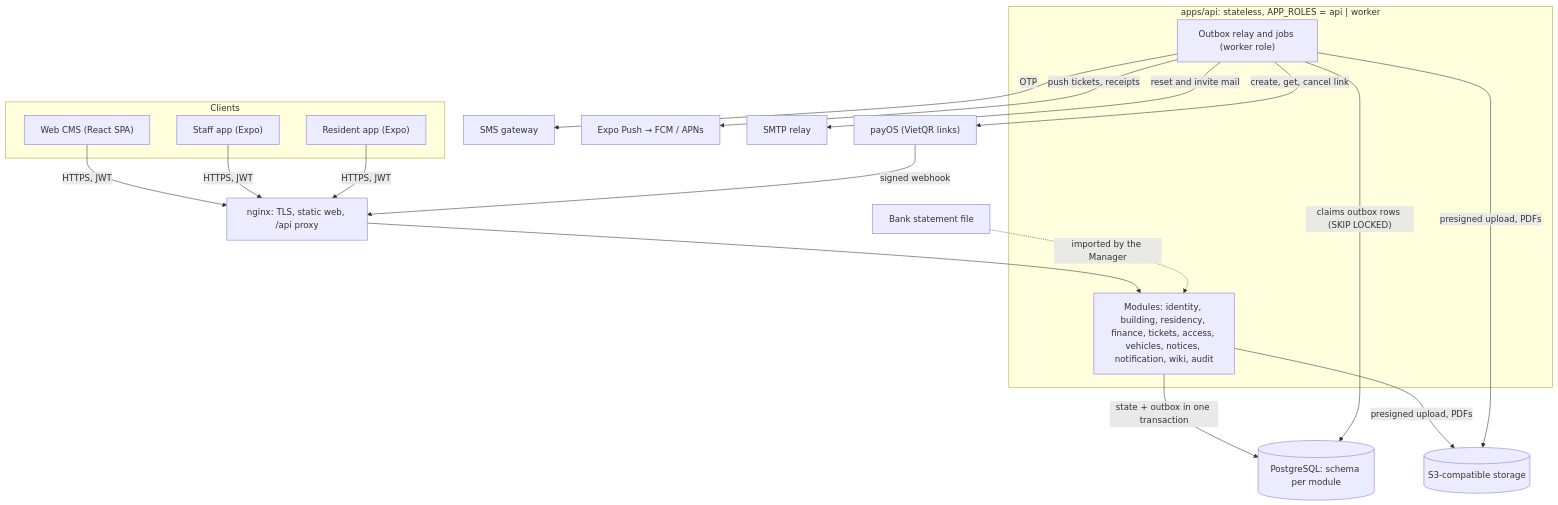
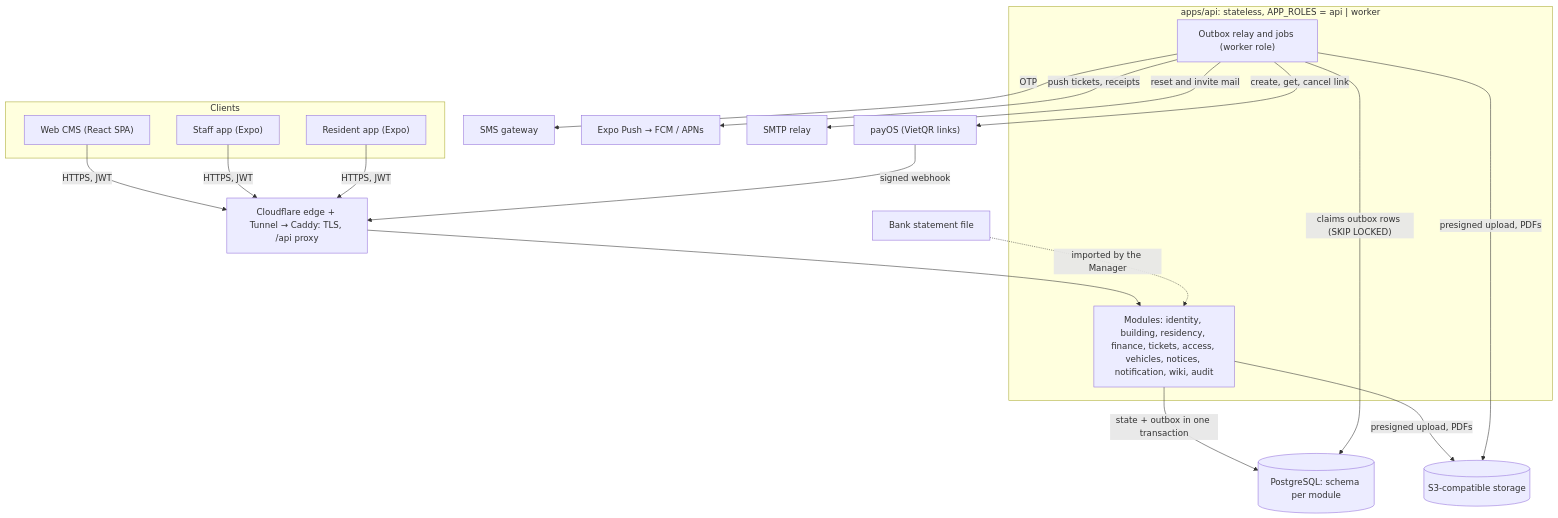
One commit to ninggiangboy/residential-management-system changed the second of 15 diagrams in residential-management-sdd.md. Above: the diagram before and after it, drawn with Mermaid. The commit also changed other lines of this file, not shown here.

First line of the commit message:
docs(sdd): use proper Mermaid diagram types and align §19.1 with DR-83

````diff
--- a/residential-management-sdd.md
+++ b/residential-management-sdd.md
@@ -262,24 +285,24 @@
 ```mermaid
 flowchart TD
   subgraph Clients
     WEB["Web CMS (React SPA)"]
     SAPP["Staff app (Expo)"]
     RAPP["Resident app (Expo)"]
   end
-  EDGE["nginx: TLS, static web, /api proxy"]
+  EDGE["Cloudflare edge + Tunnel → Caddy: TLS, /api proxy"]
   WEB & SAPP & RAPP -- "HTTPS, JWT" --> EDGE
   subgraph API["apps/api: stateless, APP_ROLES = api | worker"]
     MODS["Modules: identity, building, residency, finance, tickets, access, vehicles, notices, notification, wiki, audit"]
     RELAY["Outbox relay and jobs (worker role)"]
   end
   EDGE --> MODS
   MODS -- "state + outbox in one transaction" --> PG[("PostgreSQL: schema per module")]
   RELAY -- "claims outbox rows (SKIP LOCKED)" --> PG
   MODS & RELAY -- "presigned upload, PDFs" --> S3[("S3-compatible storage")]
   PAYOS["payOS (VietQR links)"] -- "signed webhook" --> EDGE
   RELAY -- "create, get, cancel link" --> PAYOS
   RELAY -- "OTP" --> SMS["SMS gateway"]
   RELAY -- "push tickets, receipts" --> EXPO["Expo Push → FCM / APNs"]
   RELAY -- "reset and invite mail" --> SMTP["SMTP relay"]
   BANK["Bank statement file"] -. "imported by the Manager" .-> MODS
 ```
````
